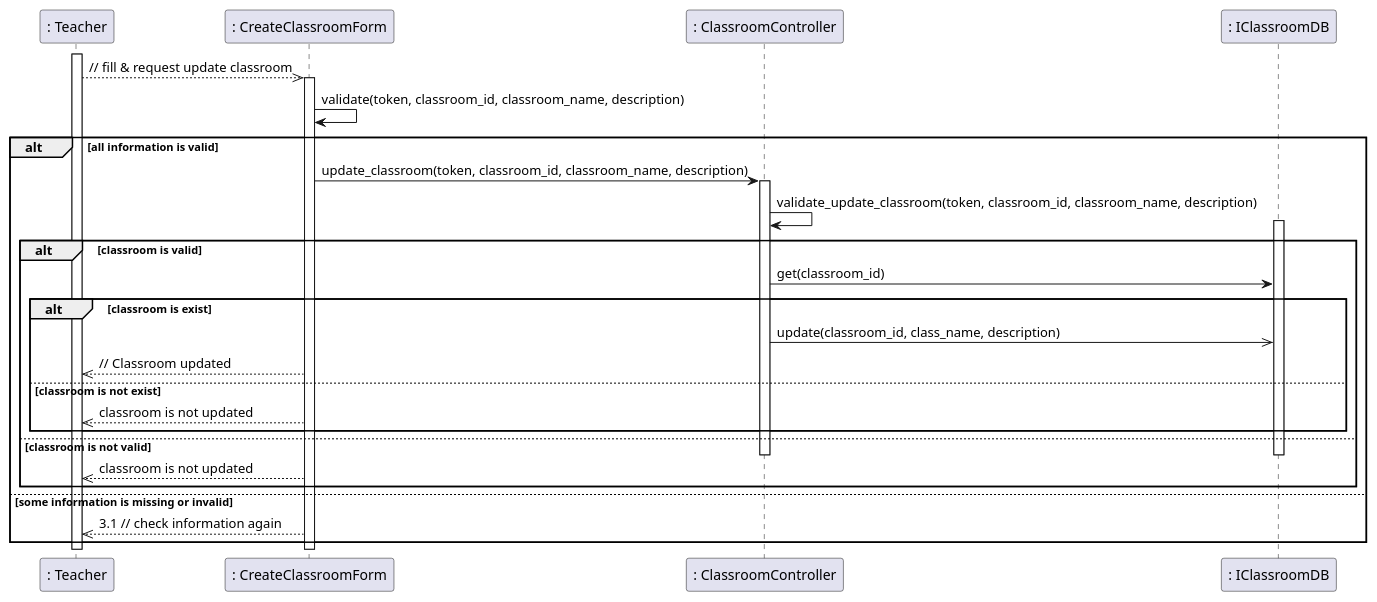
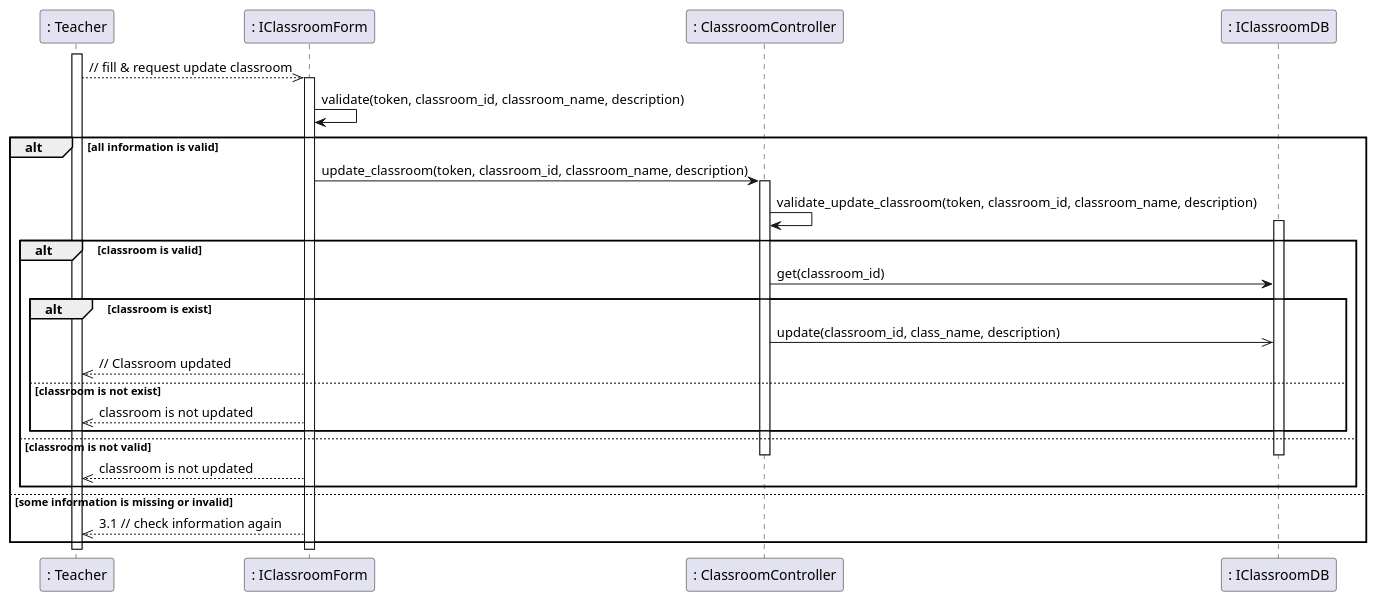
One commit to anonyhostvn/OOAD-Diagram changed the diagram in sequence - design/classroom/updateClass.plantuml. Above: the diagram before and after it, drawn with PlantUML. The commit also changed 13 other files, not shown here.

```diff
--- a/sequence - design/classroom/updateClass.plantuml
+++ b/sequence - design/classroom/updateClass.plantuml
@@ -1,32 +1,32 @@
 @startuml updateClass
 
 activate ": Teacher"
-": Teacher" -->> ": CreateClassroomForm": // fill & request update classroom
-activate ": CreateClassroomForm"
-": CreateClassroomForm" -> ": CreateClassroomForm": validate(token, classroom_id, classroom_name, description)
+": Teacher" -->> ": IClassroomForm": // fill & request update classroom
+activate ": IClassroomForm"
+": IClassroomForm" -> ": IClassroomForm": validate(token, classroom_id, classroom_name, description)
 alt all information is valid
-    ": CreateClassroomForm" -> ": ClassroomController": update_classroom(token, classroom_id, classroom_name, description)
+    ": IClassroomForm" -> ": ClassroomController": update_classroom(token, classroom_id, classroom_name, description)
     activate ": ClassroomController"
     ": ClassroomController" -> ": ClassroomController": validate_update_classroom(token, classroom_id, classroom_name, description)
     activate ": IClassroomDB"
     alt classroom is valid
         ": ClassroomController" -> ": IClassroomDB": get(classroom_id)
         alt classroom is exist
             ": ClassroomController" ->> ": IClassroomDB": update(classroom_id, class_name, description)
-            ": CreateClassroomForm" -->> ": Teacher": // Classroom updated
+            ": IClassroomForm" -->> ": Teacher": // Classroom updated
         else classroom is not exist
-            ": CreateClassroomForm" -->> ": Teacher": classroom is not updated
+            ": IClassroomForm" -->> ": Teacher": classroom is not updated
         end
     else classroom is not valid
         deactivate ": IClassroomDB"
         deactivate ": ClassroomController"
-        ": CreateClassroomForm" -->> ": Teacher": classroom is not updated
+        ": IClassroomForm" -->> ": Teacher": classroom is not updated
     end
 else some information is missing or invalid
-    ": CreateClassroomForm" -->> ": Teacher": 3.1 // check information again
+    ": IClassroomForm" -->> ": Teacher": 3.1 // check information again
 end
 
-deactivate ": CreateClassroomForm"
+deactivate ": IClassroomForm"
 deactivate ": Teacher"
 
 @enduml
```
